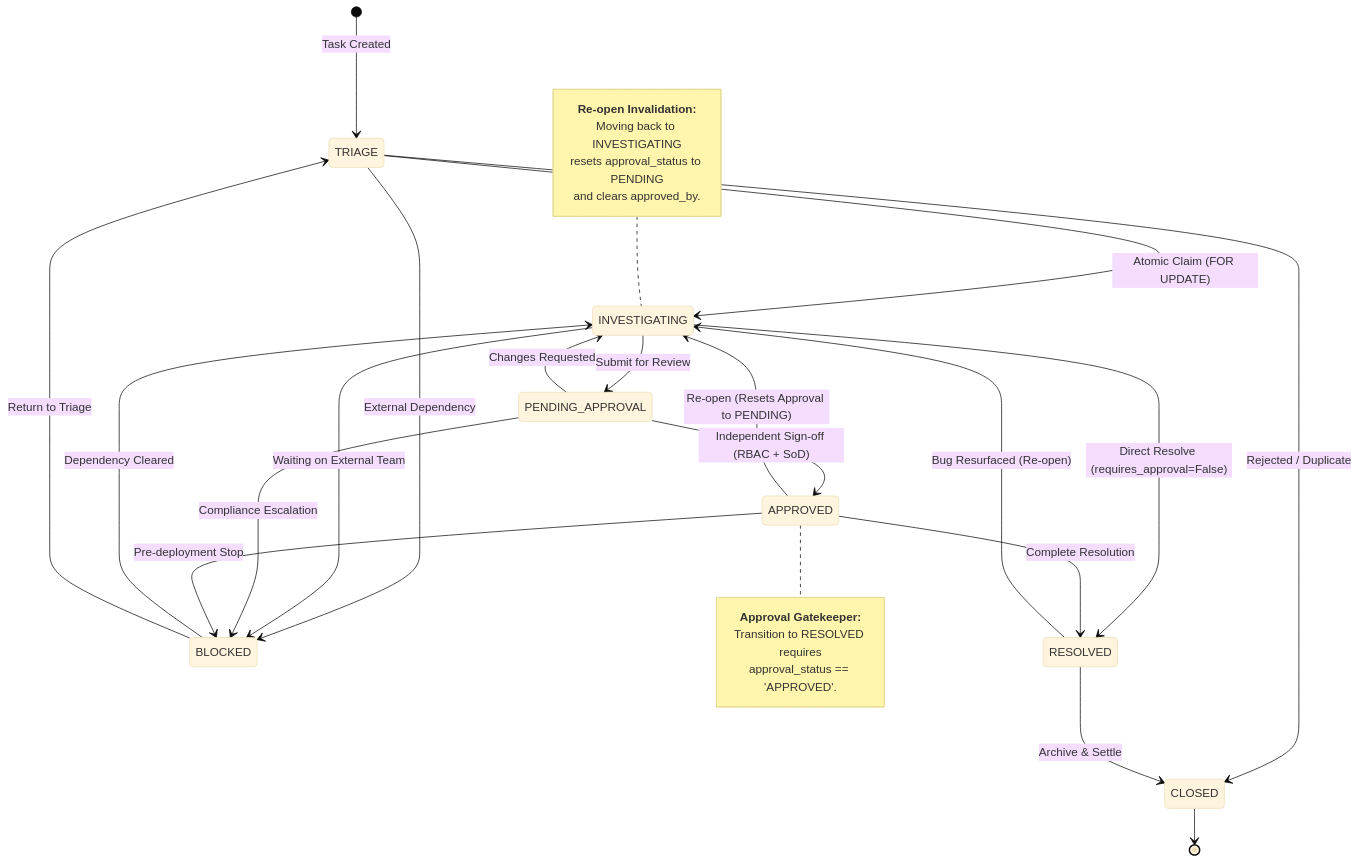
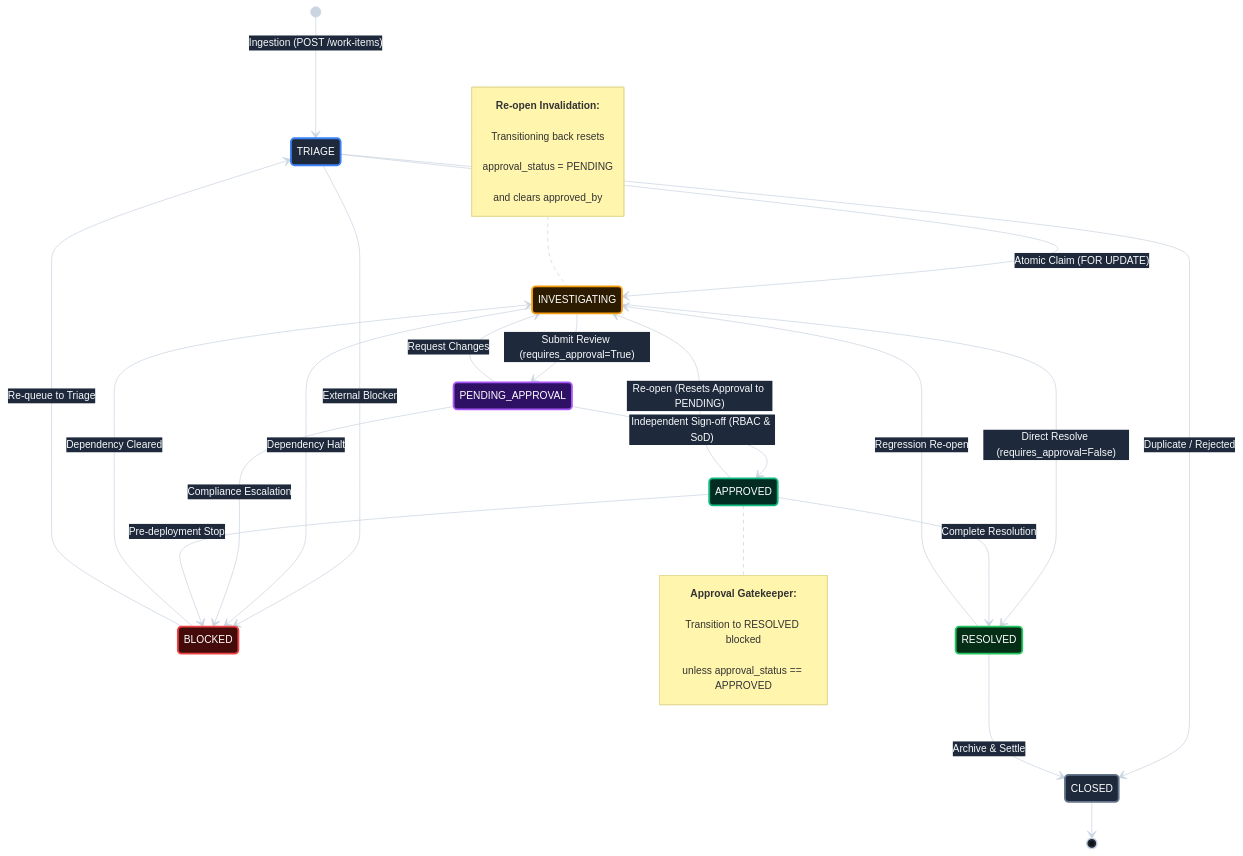
The second of 4 diagrams in ENGINEERING_DECISIONS.md (matrix-1407/OpsPulse-Newtonite), drawn with Mermaid before and after one commit. The commit also changed other lines of this file and 1 other file, not shown here.

Commit message:
docs: improve readability, colors and fix Mermaid parse errors in diagrams

````diff
--- a/ENGINEERING_DECISIONS.md
+++ b/ENGINEERING_DECISIONS.md
@@ -137,49 +154,76 @@
 ```mermaid
 %%{init: {
   'theme': 'base',
   'themeVariables': {
-    'fontSize': '16px',
-    'fontFamily': 'Inter, system-ui, -apple-system, sans-serif'
+    'fontFamily': 'Inter, system-ui, -apple-system, sans-serif',
+    'fontSize': '14px',
+    'lineColor': '#cbd5e1',
+    'textColor': '#f8fafc',
+    'labelTextColor': '#f8fafc',
+    'edgeLabelBackground': '#1e293b',
+    'labelBackgroundColor': '#1e293b',
+    'labelBoxBkgColor': '#1e293b',
+    'stateBkg': '#1e293b',
+    'mainBkg': '#1e293b',
+    'primaryColor': '#1e293b',
+    'transitionLabelColor': '#f8fafc'
   }
 }}%%
 stateDiagram-v2
     direction TB
-    [*] --> TRIAGE : Task Created
+
+    classDef triage fill:#1e293b,stroke:#3b82f6,stroke-width:2.5px,color:#ffffff
+    classDef investigating fill:#2d1b00,stroke:#f59e0b,stroke-width:2.5px,color:#ffffff
+    classDef pending fill:#2e1065,stroke:#a855f7,stroke-width:2.5px,color:#ffffff
+    classDef approved fill:#022c22,stroke:#10b981,stroke-width:2.5px,color:#ffffff
+    classDef resolved fill:#052e16,stroke:#22c55e,stroke-width:2.5px,color:#ffffff
+    classDef closed fill:#1e293b,stroke:#64748b,stroke-width:2.5px,color:#ffffff
+    classDef blocked fill:#450a0a,stroke:#ef4444,stroke-width:2.5px,color:#ffffff
+
+    [*] --> TRIAGE : Ingestion (POST /work-items)
     
     TRIAGE --> INVESTIGATING : Atomic Claim (FOR UPDATE)
-    TRIAGE --> BLOCKED : External Dependency
-    TRIAGE --> CLOSED : Rejected / Duplicate
+    TRIAGE --> BLOCKED : External Blocker
+    TRIAGE --> CLOSED : Duplicate / Rejected
     
-    INVESTIGATING --> PENDING_APPROVAL : Submit for Review
+    INVESTIGATING --> PENDING_APPROVAL : Submit Review (requires_approval=True)
     INVESTIGATING --> RESOLVED : Direct Resolve (requires_approval=False)
-    INVESTIGATING --> BLOCKED : Waiting on External Team
+    INVESTIGATING --> BLOCKED : Dependency Halt
     
-    PENDING_APPROVAL --> APPROVED : Independent Sign-off (RBAC + SoD)
-    PENDING_APPROVAL --> INVESTIGATING : Changes Requested
+    PENDING_APPROVAL --> APPROVED : Independent Sign-off (RBAC & SoD)
+    PENDING_APPROVAL --> INVESTIGATING : Request Changes
     PENDING_APPROVAL --> BLOCKED : Compliance Escalation
     
     APPROVED --> RESOLVED : Complete Resolution
     APPROVED --> INVESTIGATING : Re-open (Resets Approval to PENDING)
     APPROVED --> BLOCKED : Pre-deployment Stop
     
     BLOCKED --> INVESTIGATING : Dependency Cleared
-    BLOCKED --> TRIAGE : Return to Triage
+    BLOCKED --> TRIAGE : Re-queue to Triage
     
     RESOLVED --> CLOSED : Archive & Settle
-    RESOLVED --> INVESTIGATING : Bug Resurfaced (Re-open)
+    RESOLVED --> INVESTIGATING : Regression Re-open
     
     CLOSED --> [*]
 
+    class TRIAGE triage
+    class INVESTIGATING investigating
+    class PENDING_APPROVAL pending
+    class APPROVED approved
+    class RESOLVED resolved
+    class CLOSED closed
+    class BLOCKED blocked
+
     note right of APPROVED
-        <b>Approval Gatekeeper:</b>
-        Transition to RESOLVED requires
-        approval_status == 'APPROVED'.
+        <b>Approval Gatekeeper:</b><br/>
+        Transition to RESOLVED blocked<br/>
+        unless approval_status == APPROVED
     end note
 
     note left of INVESTIGATING
-        <b>Re-open Invalidation:</b>
-        Moving back to INVESTIGATING
-        resets approval_status to PENDING
-        and clears approved_by.
+        <b>Re-open Invalidation:</b><br/>
+        Transitioning back resets<br/>
+        approval_status = PENDING<br/>
+        and clears approved_by
     end note
 ```
````
